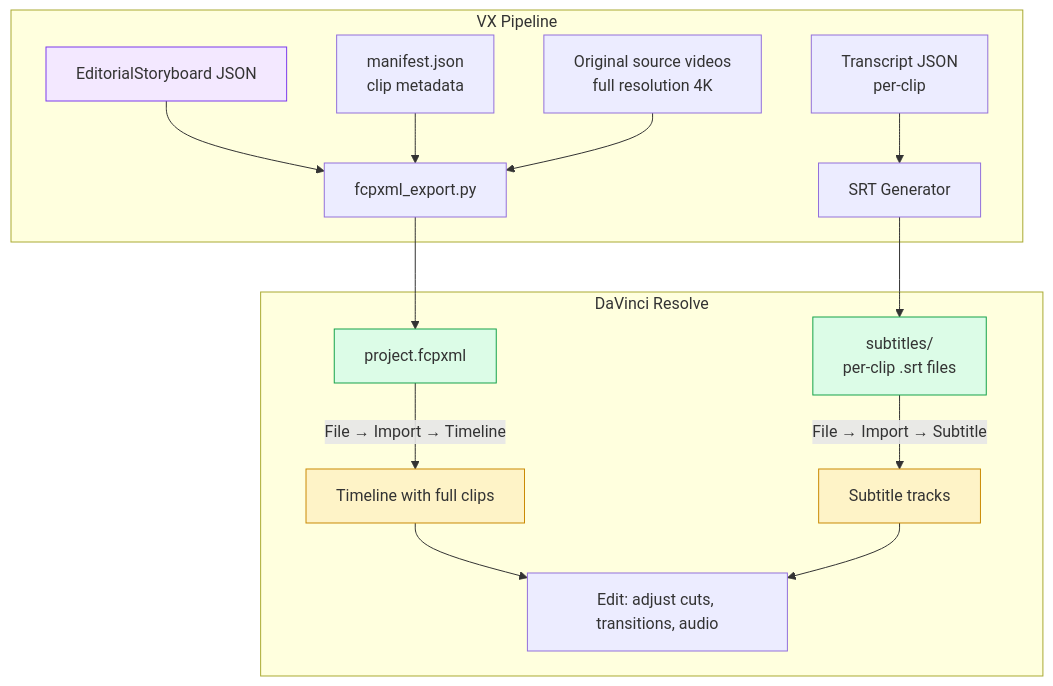
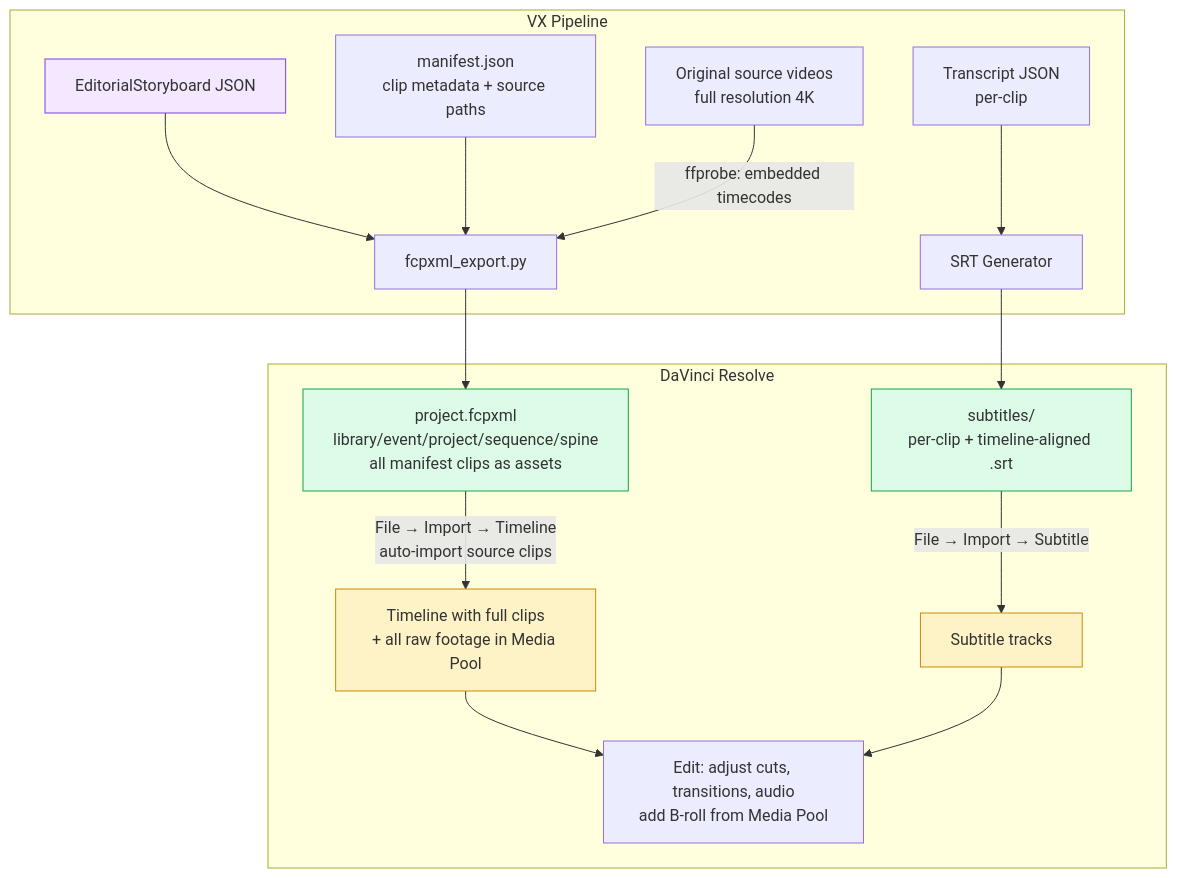
One commit to MaxCSHan/ai-video-editor changed the first of 2 diagrams in README.md. Above: the diagram before and after it, drawn with Mermaid. The commit also changed other lines of this file, not shown here.

Commit message:
Align README FCPXML section with actual working implementation
Update mapping table: asset uses media-rep (not src/uid), start includes
embedded timecode offset, clip names are source filenames (not editorial
labels). Update mermaid diagrams to show timecode probing, library/event
wrapper, and auto-import workflow.

````diff
--- a/README.md
+++ b/README.md
@@ -628,25 +628,25 @@
 ```mermaid
 flowchart TD
     subgraph VX Pipeline
         A[EditorialStoryboard JSON] --> B[fcpxml_export.py]
-        M[manifest.json<br/>clip metadata] --> B
-        S[Original source videos<br/>full resolution 4K] --> B
+        M[manifest.json<br/>clip metadata + source paths] --> B
+        S[Original source videos<br/>full resolution 4K] -->|ffprobe: embedded timecodes| B
         T[Transcript JSON<br/>per-clip] --> D[SRT Generator]
     end
 
-    B --> C[project.fcpxml]
-    D --> E[subtitles/<br/>per-clip .srt files]
+    B --> C[project.fcpxml<br/>library/event/project/sequence/spine<br/>all manifest clips as assets]
+    D --> E[subtitles/<br/>per-clip + timeline-aligned .srt]
 
     subgraph DaVinci Resolve
-        C -->|File → Import → Timeline| F[Timeline with full clips]
+        C -->|File → Import → Timeline<br/>auto-import source clips| F[Timeline with full clips<br/>+ all raw footage in Media Pool]
         E -->|File → Import → Subtitle| G[Subtitle tracks]
-        F --> H[Edit: adjust cuts, transitions, audio]
+        F --> H[Edit: adjust cuts, transitions, audio<br/>add B-roll from Media Pool]
         G --> H
     end
 
     style A fill:#f3e8ff,stroke:#7c3aed
     style C fill:#dcfce7,stroke:#16a34a
     style E fill:#dcfce7,stroke:#16a34a
     style F fill:#fef3c7,stroke:#ca8a04
     style G fill:#fef3c7,stroke:#ca8a04
 ```
````
